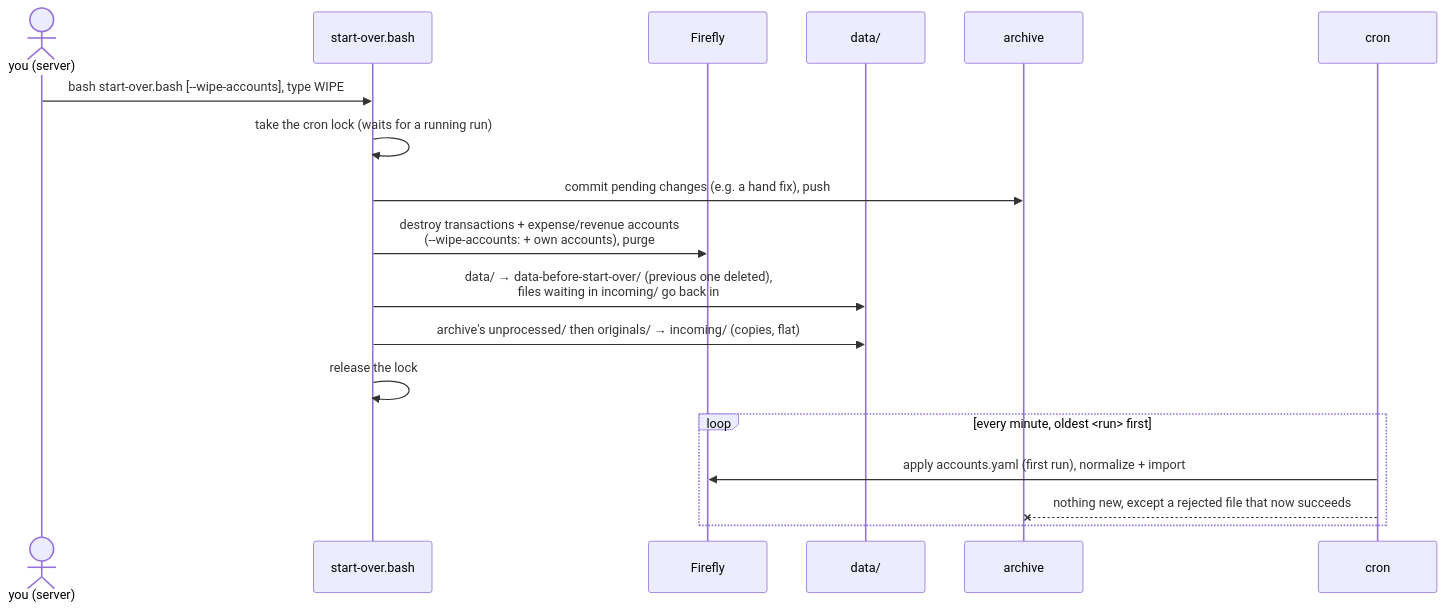
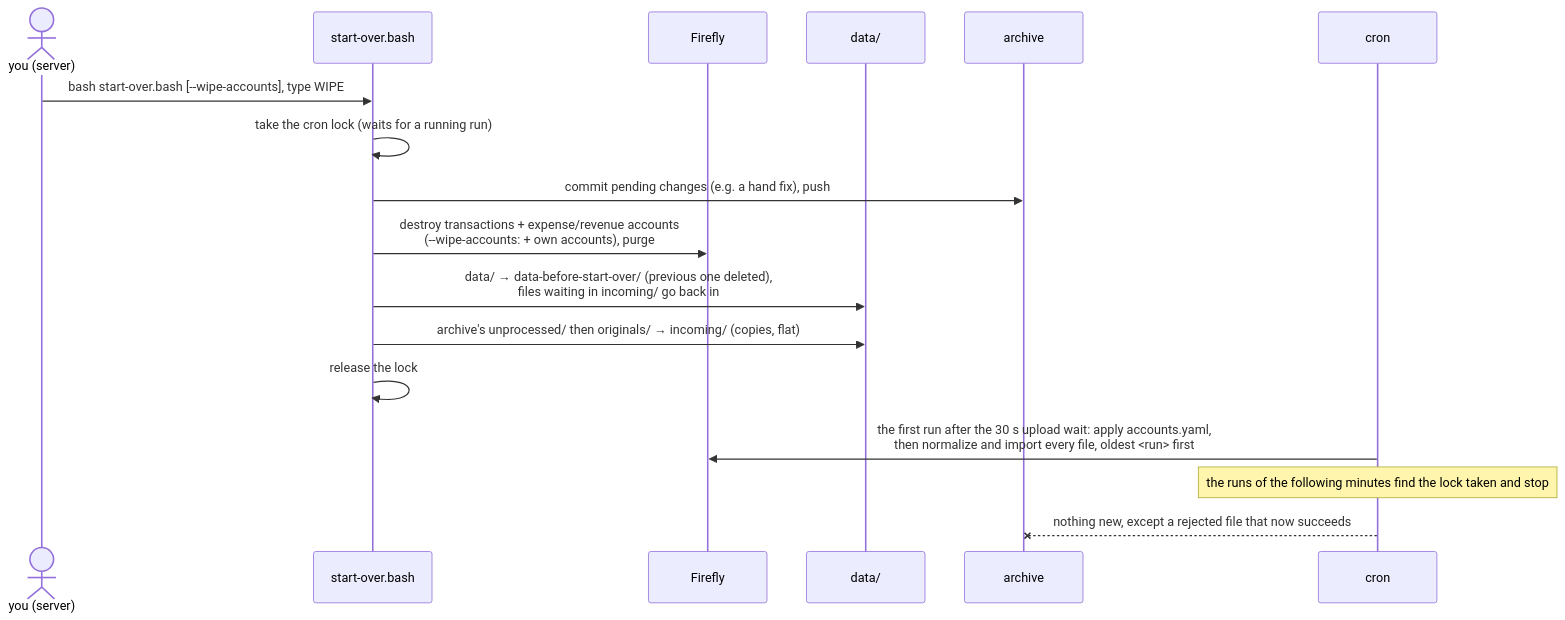
The eighth of 8 diagrams in docs/archive-and-reload.md (TrueNAS-Script-Kiddie/firefly-iii-feeder), drawn with Mermaid before and after one commit. The commit also changed other lines of this file and 3 other files, not shown here.

````diff
--- a/docs/archive-and-reload.md
+++ b/docs/archive-and-reload.md
@@ -232,20 +232,19 @@
 ```mermaid
 sequenceDiagram
     actor U as you (server)
     participant S as start-over.bash
     participant F as Firefly
     participant D as data/
     participant A as archive
     participant C as cron
     U->>S: bash start-over.bash [--wipe-accounts], type WIPE
     S->>S: take the cron lock (waits for a running run)
     S->>A: commit pending changes (e.g. a hand fix), push
     S->>F: destroy transactions + expense/revenue accounts<br/>(--wipe-accounts: + own accounts), purge
     S->>D: data/ → data-before-start-over/ (previous one deleted),<br/>files waiting in incoming/ go back in
     S->>D: archive's unprocessed/ then originals/ → incoming/ (copies, flat)
     S->>S: release the lock
-    loop every minute, oldest #lt;run#gt; first
-        C->>F: apply accounts.yaml (first run), normalize + import
-        C--xA: nothing new, except a rejected file that now succeeds
-    end
+    C->>F: the first run after the 30 s upload wait: apply accounts.yaml,<br/>then normalize and import every file, oldest #lt;run#gt; first
+    Note over C: the runs of the following minutes find the lock taken and stop
+    C--xA: nothing new, except a rejected file that now succeeds
 ```
````
